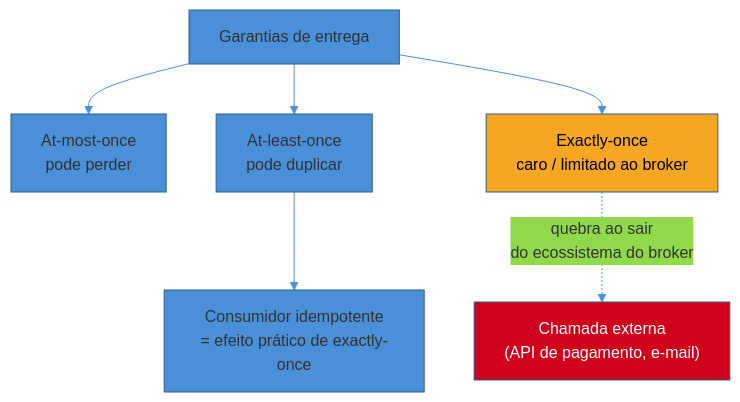
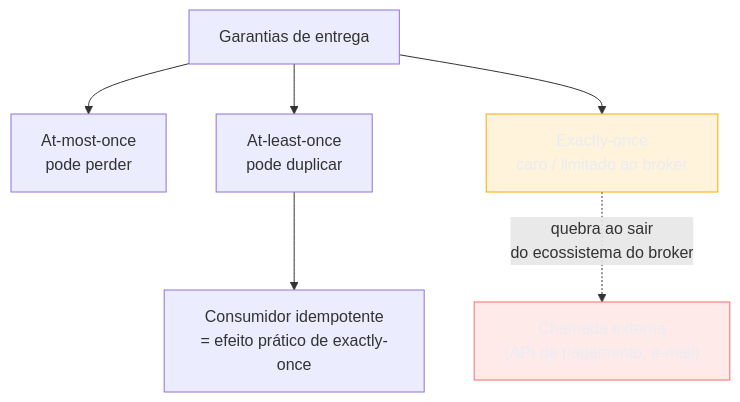
The third of 3 diagrams in 03-Dominios/Engenharia/Arquitetura/System Design/2 - Building blocks/05 - Message queues e processamento assíncrono.md (josenaldo/codex-technomanticus), drawn with Mermaid before and after one commit. The commit also changed other lines of this file and 1181 other files, not shown here.

First line of the commit message:
fix(diagramas): paleta do sistema no lugar de cor cravada no markdown

````diff
--- a/03-Dominios/Engenharia/Arquitetura/System Design/2 - Building blocks/05 - Message queues e processamento assíncrono.md
+++ b/03-Dominios/Engenharia/Arquitetura/System Design/2 - Building blocks/05 - Message queues e processamento assíncrono.md
@@ -153,11 +153,12 @@
 ```mermaid
-%%{init: {"theme": "base", "themeVariables": {"primaryColor": "#4A90D9", "primaryBorderColor": "#2E5C8A", "lineColor": "#4A90D9"}}}%%
 graph TD
+    classDef destaque fill:#FFAA0024,stroke:#FFAA00,color:#E9ECF2
+    classDef falha fill:#FF6B6B24,stroke:#FF6B6B,color:#E9ECF2
     G["Garantias de entrega"] --> AM["At-most-once<br/>pode perder"]
     G --> AL["At-least-once<br/>pode duplicar"]
     G --> EO["Exactly-once<br/>caro / limitado ao broker"]
     AL --> ID["Consumidor idempotente<br/>= efeito prático de exactly-once"]
     EO -.->|"quebra ao sair<br/>do ecossistema do broker"| SIDE["Chamada externa<br/>(API de pagamento, e-mail)"]
-    style EO fill:#F5A623,color:#000
-    style SIDE fill:#D0021B,color:#fff
+    class EO destaque
+    class SIDE falha
 ```
````
